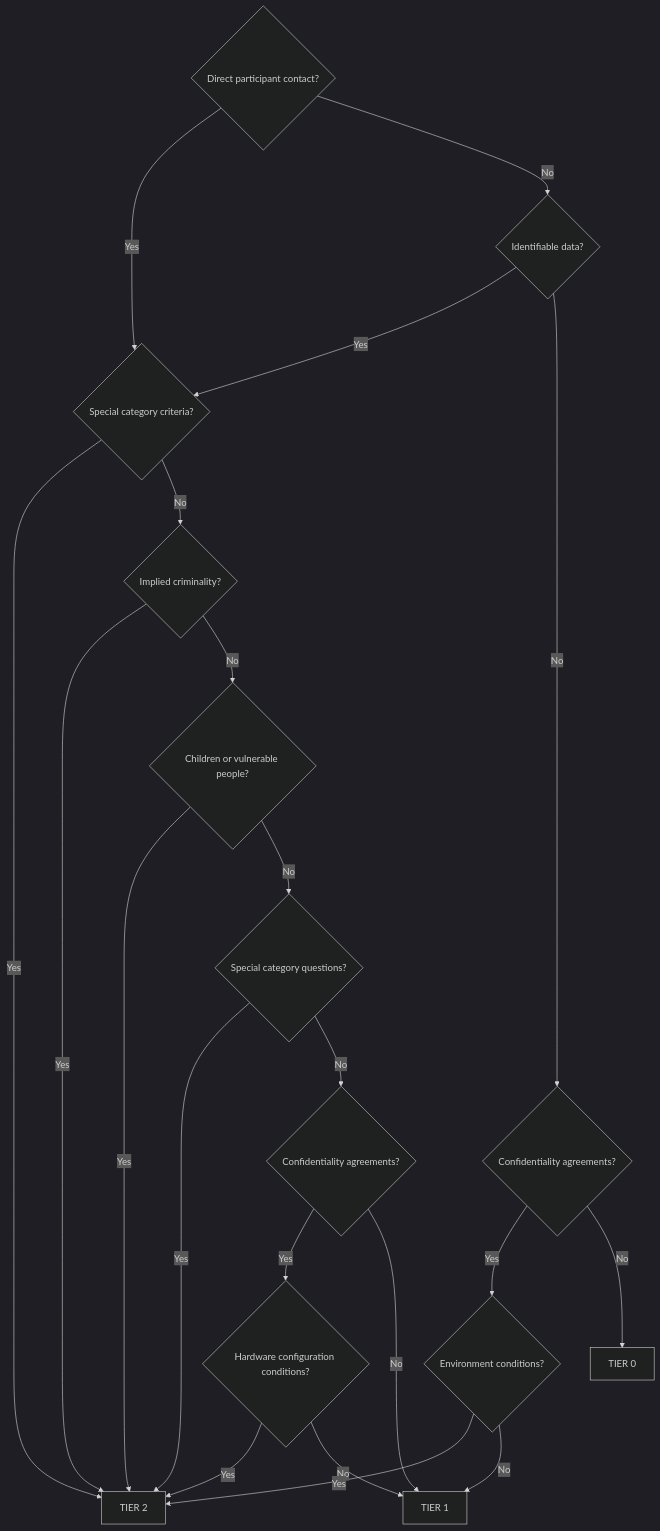
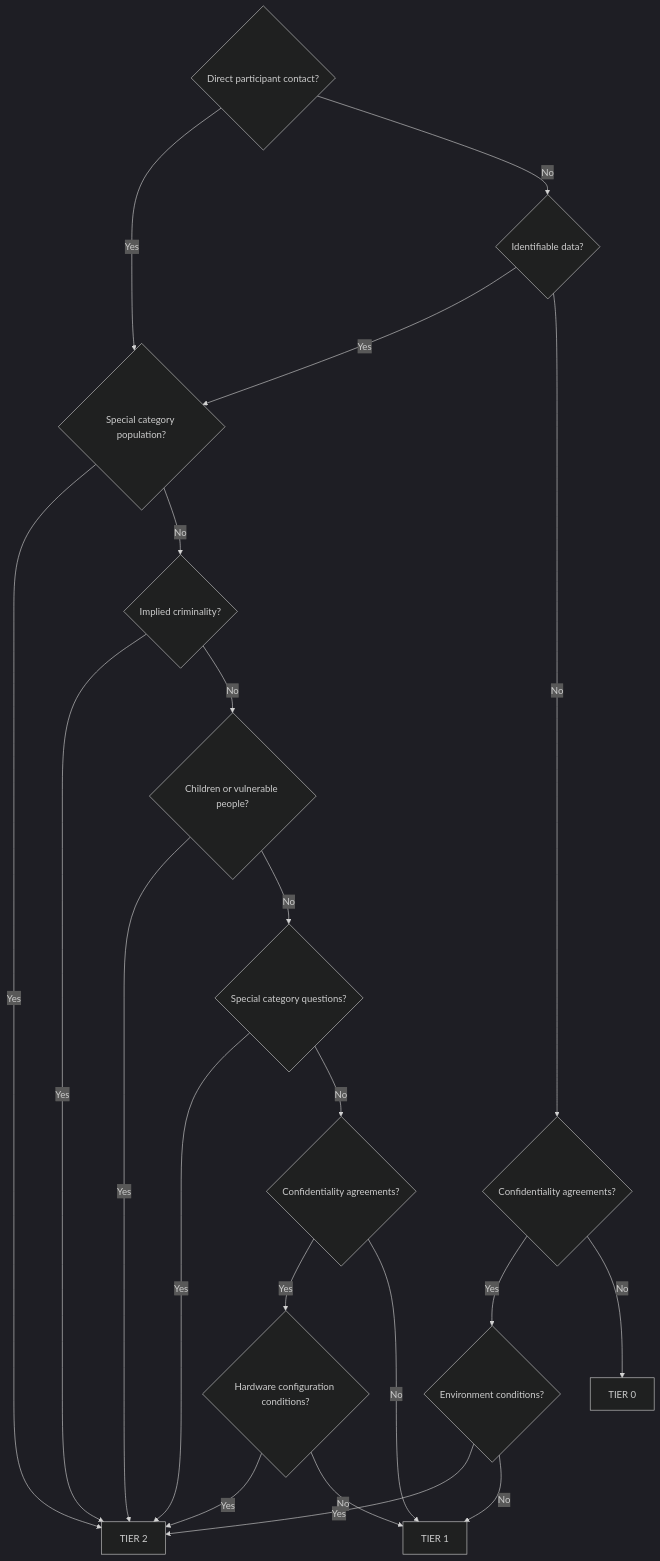
Before and after one commit to UCL-RITS/anonymisation-guidance: the diagram in README.md, drawn with Mermaid (dark theme).

Commit message:
Updates flowchart

````diff
--- a/README.md
+++ b/README.md
@@ -2,34 +2,34 @@
 ```mermaid
 flowchart TD
 
 	A{Direct participant contact?};
-	A -- Yes --> C{Special category criteria?};
+	A -- Yes --> C{Special category population?};
 	A -- No --> B{Identifiable data?};
 	B{Identifiable data?};
-	B -- Yes --> C{Special category criteria?};
+	B -- Yes --> C{Special category population?};
 	B -- No --> I{Confidentiality agreements?};
-	C{Special category criteria?};
+	C{Special category population?};
 	C -- Yes --> TIER_2[TIER 2];
 	C -- No --> D{Implied criminality?};
 	D{Implied criminality?};
 	D -- Yes --> TIER_2[TIER 2];
 	D -- No --> E{Children or vulnerable people?};
 	E{Children or vulnerable people?};
 	E -- Yes --> TIER_2[TIER 2];
 	E -- No --> F{Special category questions?};
 	F{Special category questions?};
 	F -- Yes --> TIER_2[TIER 2];
 	F -- No --> G{Confidentiality agreements?};
 	G{Confidentiality agreements?};
 	G -- Yes --> H{Hardware configuration conditions?};
 	G -- No --> TIER_1[TIER 1];
 	H{Hardware configuration conditions?};
 	H -- Yes --> TIER_2[TIER 2];
 	H -- No --> TIER_1[TIER 1];
 	I{Confidentiality agreements?};
 	I -- Yes --> J{Environment conditions?};
 	I -- No --> TIER_0[TIER 0];
 	J{Environment conditions?};
 	J -- Yes --> TIER_2[TIER 2];
 	J -- No --> TIER_1[TIER 1];
 ```
````
